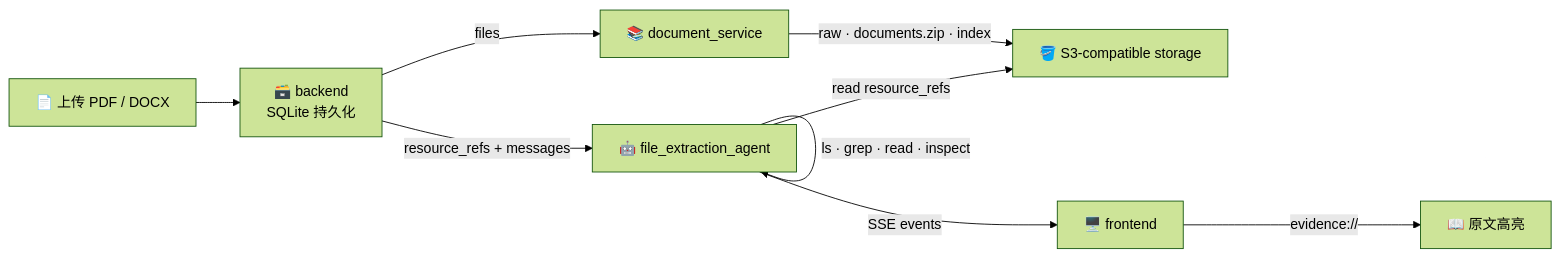
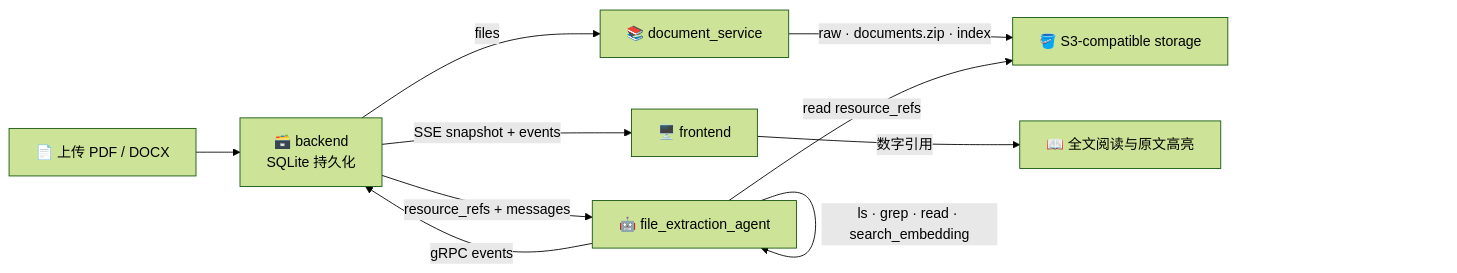
Before and after one commit to ADChahaha/TraceAgent: the diagram in README.md, drawn with Mermaid (forest theme). The commit also changed other lines of this file and 7 other files, not shown here.

Commit message:
docs: 更新工作台说明与实际界面截图

````diff
--- a/README.md
+++ b/README.md
@@ -53,12 +57,13 @@
 ```mermaid
 flowchart LR
     Upload["📄 上传 PDF / DOCX"]
     Upload --> Backend["🗃️ backend<br/>SQLite 持久化"]
     Backend --> |"files"| Document["📚 document_service"]
     Document --> |"raw · documents.zip · index"| Storage["🪣 S3-compatible storage"]
     Backend --> |"resource_refs + messages"| Agent["🤖 file_extraction_agent"]
     Agent --> |"read resource_refs"| Storage
-    Agent --> |"ls · grep · read · inspect"| Agent
-    Agent --> |"SSE events"| Frontend["🖥️ frontend"]
-    Frontend --> |"evidence://"| Review["📖 原文高亮"]
+    Agent --> |"ls · grep · read · search_embedding"| Agent
+    Agent --> |"gRPC events"| Backend
+    Backend --> |"SSE snapshot + events"| Frontend["🖥️ frontend"]
+    Frontend --> |"数字引用"| Review["📖 全文阅读与原文高亮"]
 ```
````
